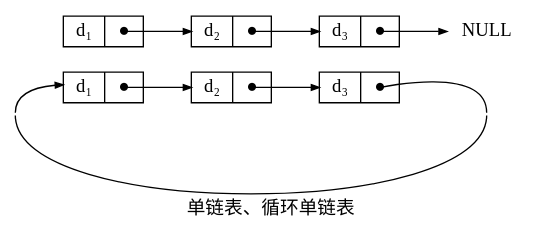
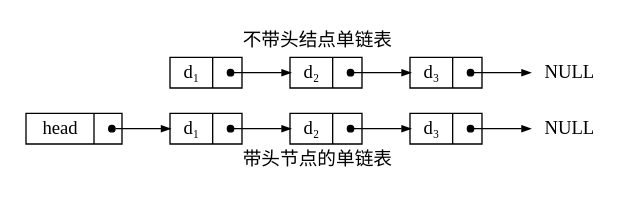
One commit to Trezedo/trezedo.github.io changed the third of 7 diagrams in docs/notes/data-structure/linear-list/singly-linked-list.md. Above: the diagram before and after it, drawn with Graphviz. The commit also changed other lines of this file and 15 other files, not shown here.

````diff
--- a/docs/notes/data-structure/linear-list/singly-linked-list.md
+++ b/docs/notes/data-structure/linear-list/singly-linked-list.md
@@ -161,57 +157,57 @@
 ```dot
-digraph "链表示意图" {
+digraph "单链表带头对比" {
     rankdir = "LR";
-    // https://stackoverflow.com/questions/50494263/circular-list-in-graphviz-or-how-to-bend-the-edge
+    newrank = true;
+
     margin = 0;
-    label = "单链表、循环单链表";
+    node [shape = record; height = 0.3;];
+    edge [tailclip = false; arrowsize = 0.6; dir = both; arrowtail = dot;];
 
-    node [shape = record; height = 0.3;];
-    edge [tailclip = false; arrowsize = 0.6;];
+    subgraph cluster_head {
+        label = "带头节点的单链表";
+        labelloc = "b";
+        labeljust = "c";
+        color = "none";
 
-    subgraph "循环链表" {
-        label = "";
-        peripheries = 0;
+        head [label = "{<data> head| <next> }";];
+        node1 [label = "{<data> d₁| <next> }";];
+        node2 [label = "{<data> d₂ | <next> }";];
+        node3 [label = "{<data> d₃ | <next> }";];
 
-        cnode1 [label = "{<data> d₁| <next> &#9679;}";];
-        cnode2 [label = "{<data> d₂ | <next> &#9679;}";];
-        cnode3 [label = "{<data> d₃ | <next> &#9679;}";];
+        null2 [label = "NULL"; shape = plaintext;];
 
-        edge [tailclip = false; arrowsize = 0.6;];
-
-        // cnode3:next:s -> cnode1:data:s;
-        // cnode3 -> cnode2 -> cnode1 [style=invis];
-
-        subgraph {
-            node [shape = point; height = 0;];
-            pHead;
-            pTail;
-        }
-        pHead:n -> cnode1;
-        pHead:s -> pTail:s [dir = none;];
-        cnode1:next:c -> cnode2:data;
-        cnode2:next:c -> cnode3:data;
-        cnode3:next:c -> pTail:n [dir = none;];
+        head:next:c -> node1;
+        node1:next:c -> node2:data;
+        node2:next:c -> node3:data;
+        node3:next:c -> null2;
     }
 
-    subgraph "单链表" {
-        peripheries = 0;
+    subgraph cluster_non {
+        label = "不带头结点单链表";
+        labelloc = "t";
+        labeljust = "c";
+        color = "none";
 
-        node1 [label = "{<data> d₁| <next> &#9679;}";];
-        node2 [label = "{<data> d₂ | <next> &#9679;}";];
-        node3 [label = "{<data> d₃ | <next> &#9679;}";];
+        // 添加一个隐藏的虚拟头结点
+        hidden_head [label = "{<data> head| <next> }"; style = invis;];
 
-        null [label = "NULL";shape = plaintext;];
+        no1 [label = "{<data> d₁| <next> }";];
+        no2 [label = "{<data> d₂ | <next> }";];
+        no3 [label = "{<data> d₃ | <next> }";];
 
-        node1:next:c -> node2:data;
-        node2:next:c -> node3:data;
-        node3:next:c-> null;
+        null [label = "NULL"; shape = plaintext;];
+
+        // 隐藏连接（不显示边）
+        hidden_head -> no1 [style = invis;];
+        no1:next:c -> no2:data;
+        no2:next:c -> no3:data;
+        no3:next:c -> null;
     }
 
-    // 对齐
-    subgraph {
-        rank = same;
-        cnode1;
-        node1;
-    }
+ // 有隐藏头结点，也可以不用设置对齐
+ { rank = same; head; hidden_head; }
+ { rank = same; no1; node1; }
+ { rank = same; no2; node2; }
+ { rank = same; no3; node3; }
 }
 ```
````
